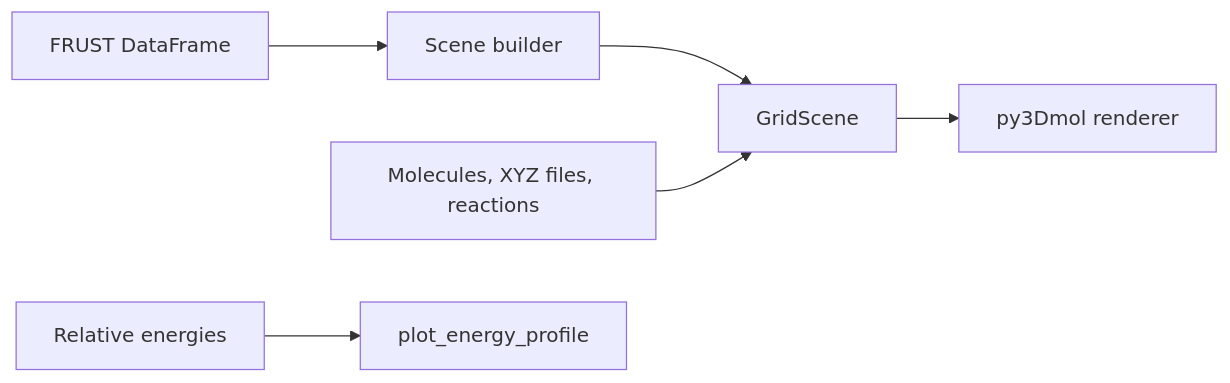
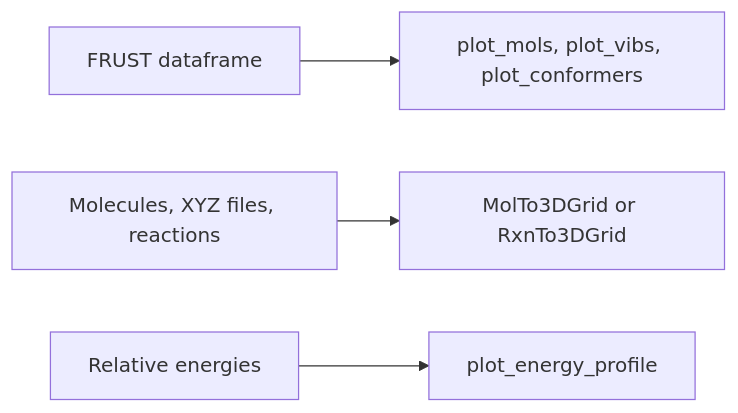
One commit to MolinDiscovery/FRUST changed the diagram in docs/visualization/overview.md. Above: the diagram before and after it, drawn with Mermaid. The commit also changed other lines of this file and 33 other files, not shown here.

````diff
--- a/docs/visualization/overview.md
+++ b/docs/visualization/overview.md
@@ -40,8 +40,6 @@
 ```mermaid
 flowchart LR
-    A["FRUST DataFrame"] --> B["Scene builder"]
-    B --> C["GridScene"]
-    D["Molecules, XYZ files, reactions"] --> C
-    C --> E["py3Dmol renderer"]
-    F["Relative energies"] --> G["plot_energy_profile"]
+    A["FRUST dataframe"] --> B["plot_mols, plot_vibs, plot_conformers"]
+    C["Molecules, XYZ files, reactions"] --> D["MolTo3DGrid or RxnTo3DGrid"]
+    E["Relative energies"] --> F["plot_energy_profile"]
 ```
````
